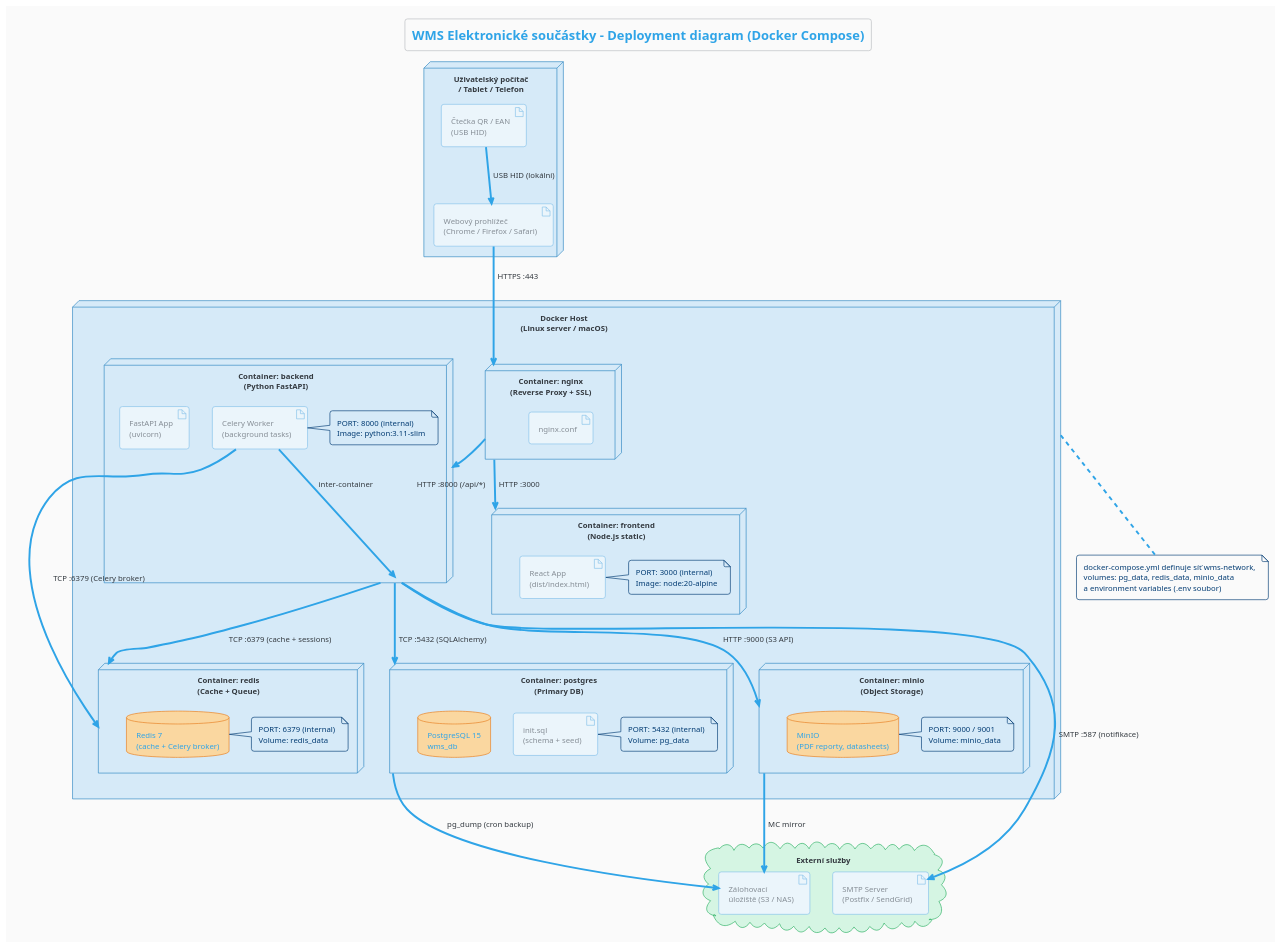
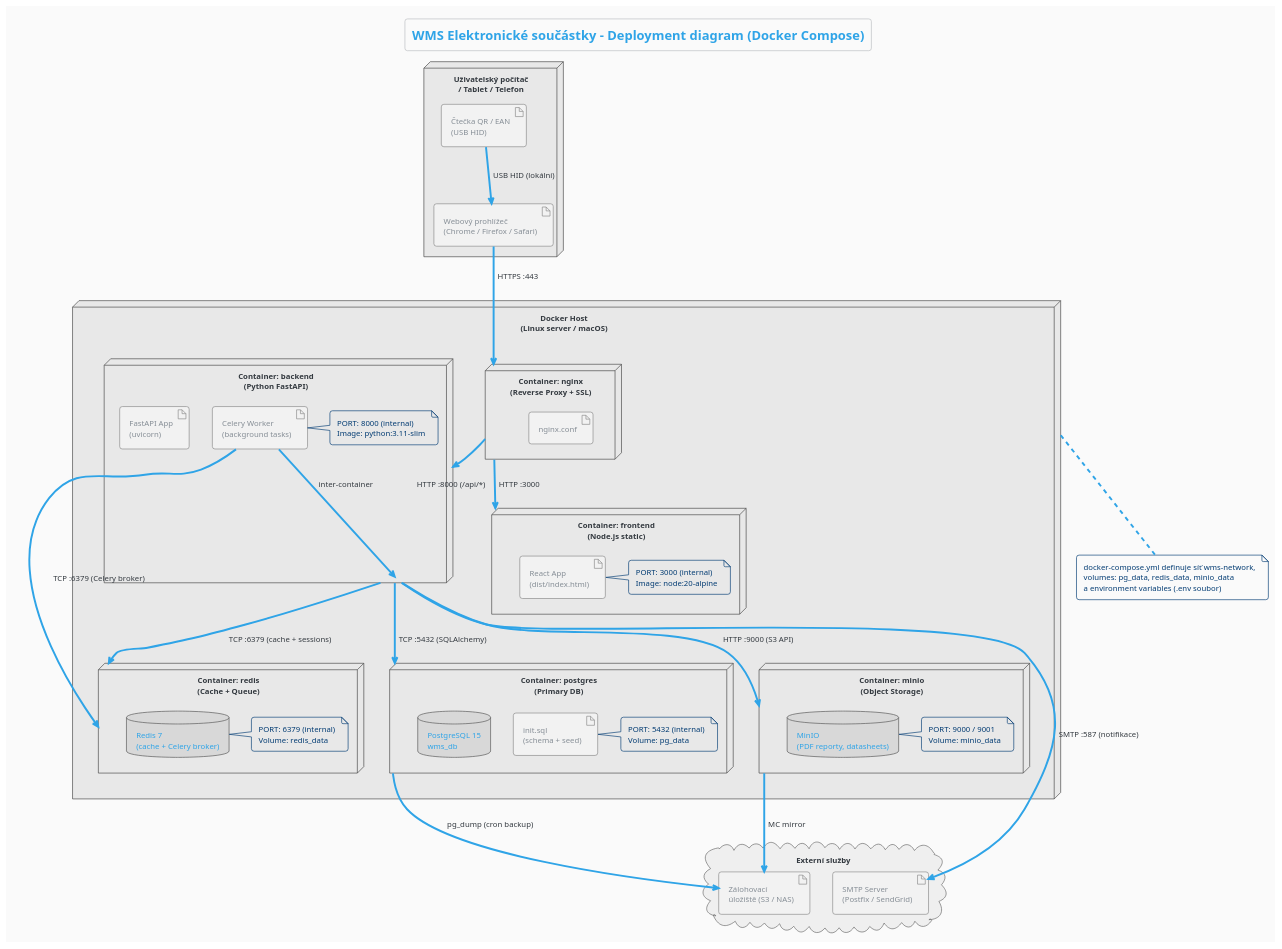
Before and after one commit to lkvapil/WMS-elektronicke-soucastky: the diagram in diagrams/08_deployment_diagram.puml, drawn with PlantUML. The commit also changed 15 other files, not shown here.

Commit message:
style: cernobile schema pro vsechny diagramy

```diff
--- a/diagrams/08_deployment_diagram.puml
+++ b/diagrams/08_deployment_diagram.puml
@@ -1,119 +1,119 @@
 @startuml 08_deployment_diagram
 !theme cerulean-outline
 title WMS Elektronické součástky – Deployment diagram (Docker Compose)
 
 skinparam backgroundColor #FAFAFA
 skinparam node {
-  BackgroundColor #D6EAF8
-  BorderColor #2E86C1
+  BackgroundColor #E8E8E8
+  BorderColor #444444
   FontSize 12
 }
 skinparam artifact {
-  BackgroundColor #EBF5FB
-  BorderColor #85C1E9
+  BackgroundColor #F2F2F2
+  BorderColor #888888
 }
 skinparam database {
-  BackgroundColor #FAD7A0
-  BorderColor #E67E22
+  BackgroundColor #D8D8D8
+  BorderColor #555555
 }
 skinparam cloud {
-  BackgroundColor #D5F5E3
-  BorderColor #27AE60
+  BackgroundColor #EFEFEF
+  BorderColor #666666
 }
 
 '══════════════════════════════════════════════════════════════════════════════
 '  UŽIVATELSKÉ ZAŘÍZENÍ
 '══════════════════════════════════════════════════════════════════════════════
 node "Uživatelský počítač\n/ Tablet / Telefon" as Client {
   artifact "Webový prohlížeč\n(Chrome / Firefox / Safari)" as Browser
   artifact "Čtečka QR / EAN\n(USB HID)" as Scanner
 }
 
 '══════════════════════════════════════════════════════════════════════════════
 '  DOCKER HOST (lokální server nebo VM)
 '══════════════════════════════════════════════════════════════════════════════
 node "Docker Host\n(Linux server / macOS)" as DockerHost {
 
   node "Container: nginx\n(Reverse Proxy + SSL)" as Nginx {
     artifact "nginx.conf" as NginxConf
   }
   
   node "Container: frontend\n(Node.js static)" as FEContainer {
     artifact "React App\n(dist/index.html)" as ReactDist
     note right
       PORT: 3000 (internal)
       Image: node:20-alpine
     end note
   }
   
   node "Container: backend\n(Python FastAPI)" as BEContainer {
     artifact "FastAPI App\n(uvicorn)" as FastAPIApp
     artifact "Celery Worker\n(background tasks)" as CeleryWorker
     note right
       PORT: 8000 (internal)
       Image: python:3.11-slim
     end note
   }
   
   node "Container: postgres\n(Primary DB)" as PGContainer {
     database "PostgreSQL 15\nwms_db" as PGDB
     artifact "init.sql\n(schema + seed)" as InitSQL
     note right
       PORT: 5432 (internal)
       Volume: pg_data
     end note
   }
   
   node "Container: redis\n(Cache + Queue)" as RedisContainer {
     database "Redis 7\n(cache + Celery broker)" as RedisDB
     note right
       PORT: 6379 (internal)
       Volume: redis_data
     end note
   }
   
   node "Container: minio\n(Object Storage)" as MinioContainer {
     database "MinIO\n(PDF reporty, datasheets)" as MinioStorage
     note right
       PORT: 9000 / 9001
       Volume: minio_data
     end note
   }
 
 }
 
 '══════════════════════════════════════════════════════════════════════════════
 '  EXTERNÍ SLUŽBY
 '══════════════════════════════════════════════════════════════════════════════
 cloud "Externí služby" as External {
   artifact "SMTP Server\n(Postfix / SendGrid)" as SMTP
   artifact "Zálohovací\núložiště (S3 / NAS)" as Backup
 }
 
 '══════════════════════════════════════════════════════════════════════════════
 '  PROPOJENÍ
 '══════════════════════════════════════════════════════════════════════════════
 
 Browser --> Nginx         : HTTPS :443
 Scanner --> Browser       : USB HID (lokální)
 
 Nginx --> FEContainer     : HTTP :3000
 Nginx --> BEContainer     : HTTP :8000 (/api/*)
 
 BEContainer --> PGContainer    : TCP :5432 (SQLAlchemy)
 BEContainer --> RedisContainer : TCP :6379 (cache + sessions)
 BEContainer --> MinioContainer : HTTP :9000 (S3 API)
 BEContainer --> SMTP           : SMTP :587 (notifikace)
 CeleryWorker --> RedisContainer : TCP :6379 (Celery broker)
 CeleryWorker --> BEContainer    : inter-container
 
 PGContainer --> Backup         : pg_dump (cron backup)
 MinioContainer --> Backup      : MC mirror
 
 note bottom of DockerHost
   docker-compose.yml definuje síť wms-network,
   volumes: pg_data, redis_data, minio_data
   a environment variables (.env soubor)
 end note
 
 @enduml
```
